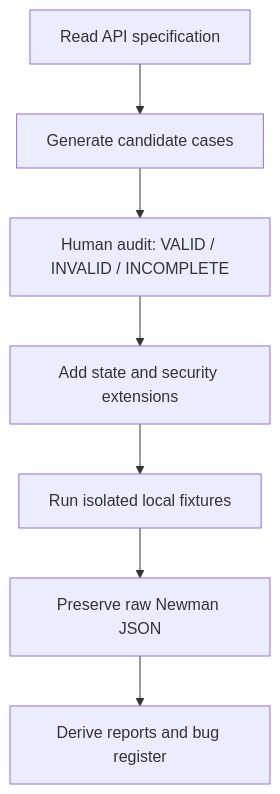
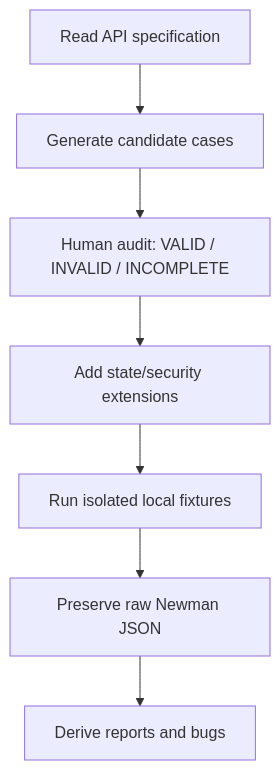
Before and after one commit to KidCute1412/eshop-sut: the diagram in docs/assignments/HW06/deliverables/agent-skills/diagrams/flow_diagram.mmd, drawn with Mermaid. The commit also changed 3 other files, not shown here.

Commit message:
docs(hw06): render readable generator diagrams

```diff
--- a/docs/assignments/HW06/deliverables/agent-skills/diagrams/flow_diagram.mmd
+++ b/docs/assignments/HW06/deliverables/agent-skills/diagrams/flow_diagram.mmd
@@ -1,7 +1,7 @@
 flowchart TD
   A[Read API specification] --> B[Generate candidate cases]
   B --> C[Human audit: VALID / INVALID / INCOMPLETE]
-  C --> D[Add state and security extensions]
+  C --> D[Add state/security extensions]
   D --> E[Run isolated local fixtures]
   E --> F[Preserve raw Newman JSON]
-  F --> G[Derive reports and bug register]
+  F --> G[Derive reports and bugs]
```
